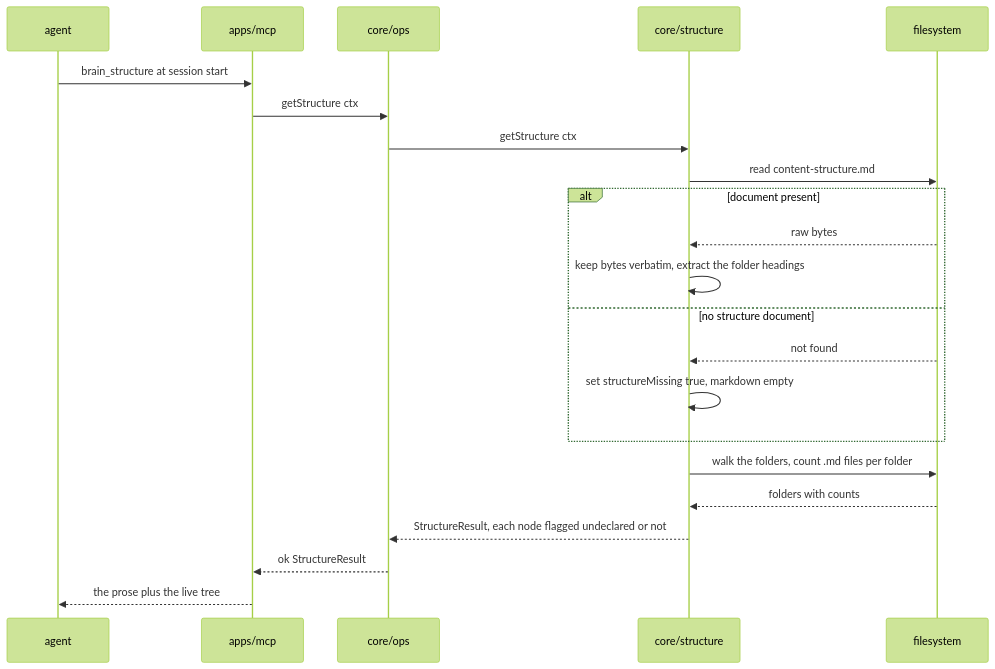
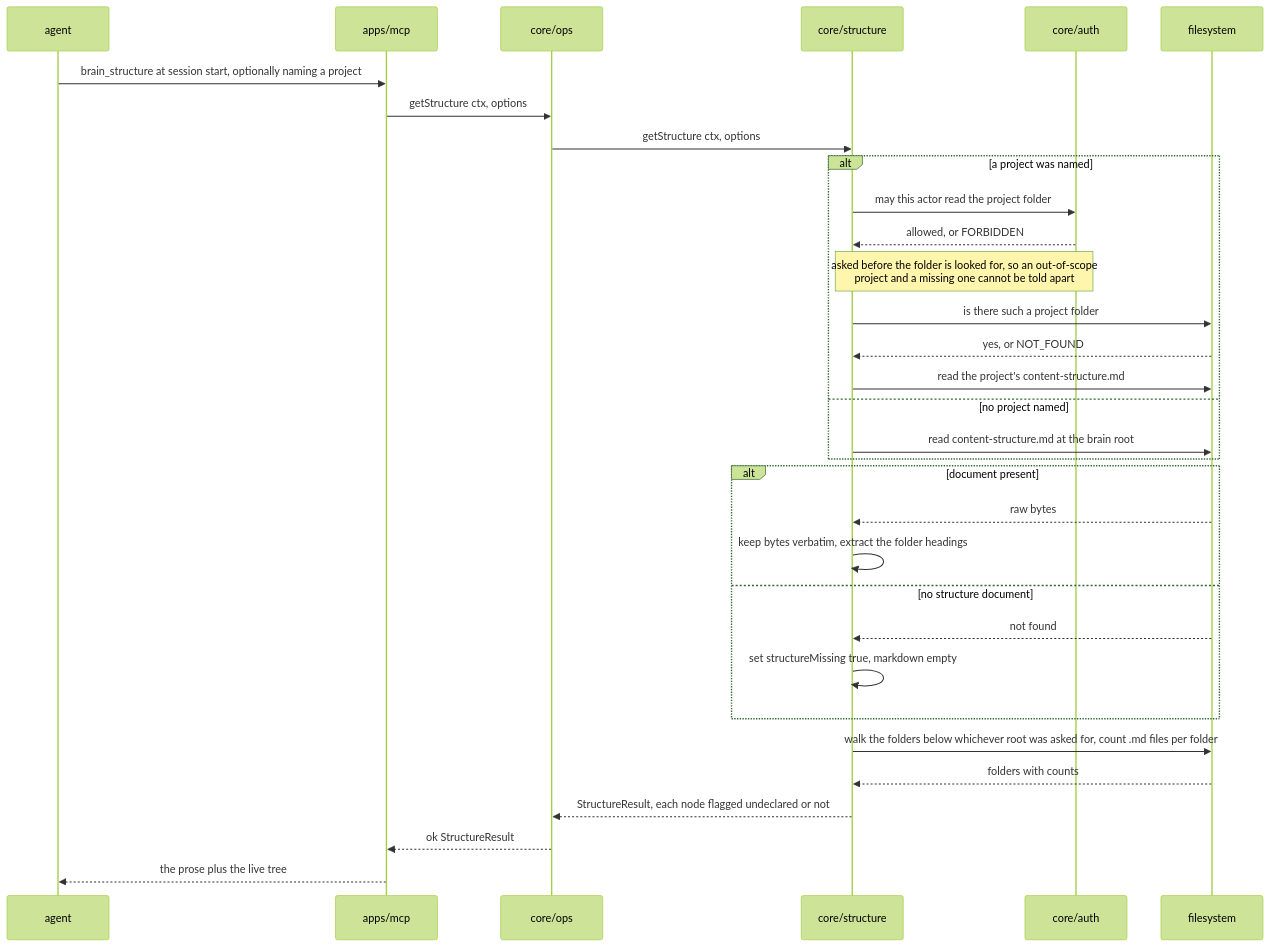
The diagram in docs/technical/11-components/03-core-structure.md (ghoshsam/g-brain), drawn with Mermaid (forest theme) before and after one commit. The commit also changed other lines of this file and 70 other files, not shown here.

First line of the commit message:
feat: add read-only web UI and project scoping features

````diff
--- a/docs/technical/11-components/03-core-structure.md
+++ b/docs/technical/11-components/03-core-structure.md
@@ -48,25 +64,35 @@
 ```mermaid
 sequenceDiagram
     participant Agent as agent
     participant MCP as apps/mcp
     participant Ops as core/ops
     participant Str as core/structure
+    participant Auth as core/auth
     participant FS as filesystem
 
-    Agent->>MCP: brain_structure at session start
-    MCP->>Ops: getStructure ctx
-    Ops->>Str: getStructure ctx
-    Str->>FS: read content-structure.md
+    Agent->>MCP: brain_structure at session start, optionally naming a project
+    MCP->>Ops: getStructure ctx, options
+    Ops->>Str: getStructure ctx, options
+    alt a project was named
+        Str->>Auth: may this actor read the project folder
+        Auth-->>Str: allowed, or FORBIDDEN
+        Note over Str,Auth: asked before the folder is looked for, so an out-of-scope<br/>project and a missing one cannot be told apart
+        Str->>FS: is there such a project folder
+        FS-->>Str: yes, or NOT_FOUND
+        Str->>FS: read the project's content-structure.md
+    else no project named
+        Str->>FS: read content-structure.md at the brain root
+    end
     alt document present
         FS-->>Str: raw bytes
         Str->>Str: keep bytes verbatim, extract the folder headings
     else no structure document
         FS-->>Str: not found
         Str->>Str: set structureMissing true, markdown empty
     end
-    Str->>FS: walk the folders, count .md files per folder
+    Str->>FS: walk the folders below whichever root was asked for, count .md files per folder
     FS-->>Str: folders with counts
     Str-->>Ops: StructureResult, each node flagged undeclared or not
     Ops-->>MCP: ok StructureResult
     MCP-->>Agent: the prose plus the live tree
 ```
````
